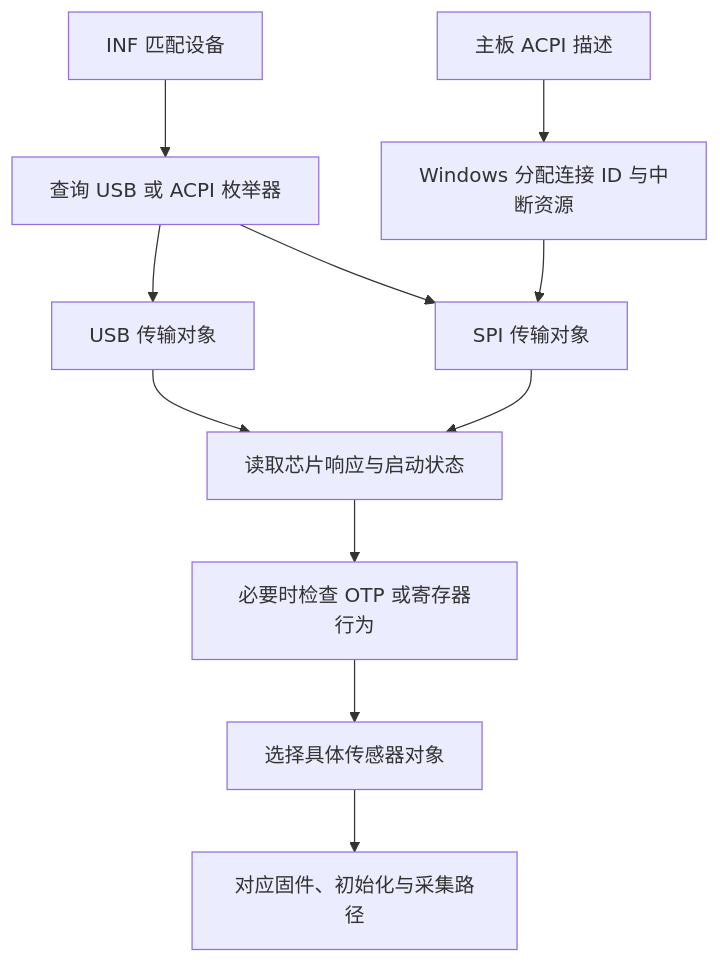
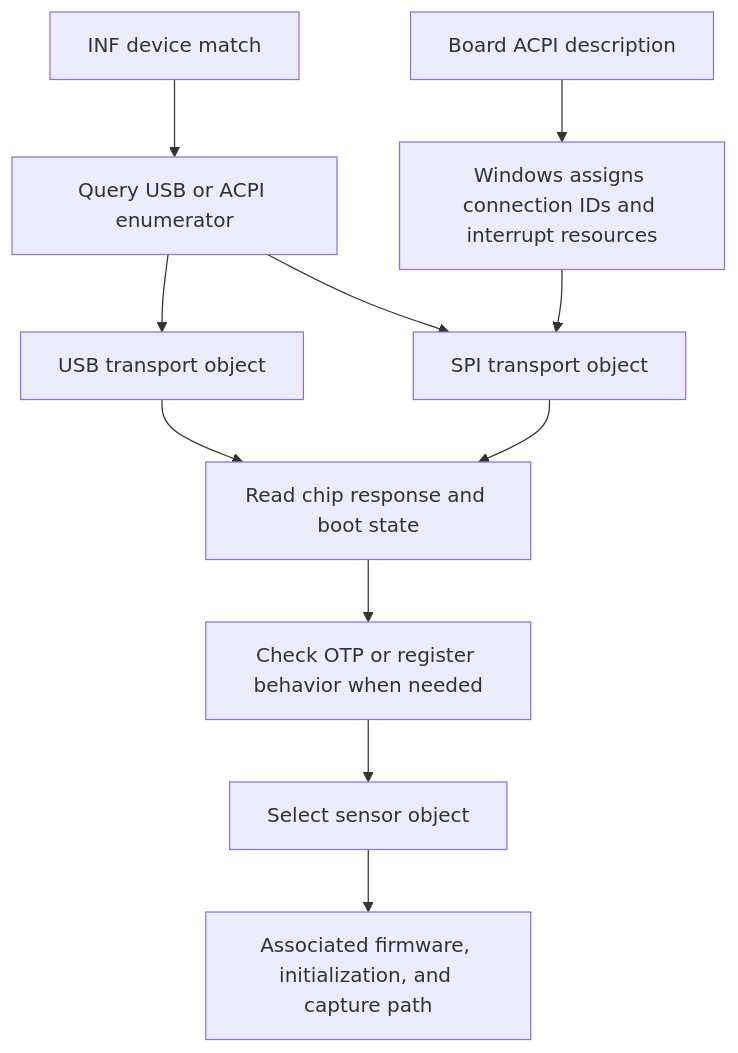
The diagram in docs/fte3600/windows-runtime-adaptation.md (SamSeven777/libfprint-fte3600), drawn with Mermaid before and after one commit. The commit also changed other lines of this file and 36 other files, not shown here.

````diff
--- a/docs/fte3600/windows-runtime-adaptation.md
+++ b/docs/fte3600/windows-runtime-adaptation.md
@@ -21,13 +38,13 @@
 ```mermaid
 flowchart TD
-  A[INF 匹配设备] --> B[查询 USB 或 ACPI 枚举器]
-  B --> C[USB 传输对象]
-  B --> D[SPI 传输对象]
-  E[主板 ACPI 描述] --> F[Windows 分配连接 ID 与中断资源]
+  A[INF device match] --> B[Query USB or ACPI enumerator]
+  B --> C[USB transport object]
+  B --> D[SPI transport object]
+  E[Board ACPI description] --> F[Windows assigns connection IDs and interrupt resources]
   F --> D
-  C --> G[读取芯片响应与启动状态]
+  C --> G[Read chip response and boot state]
   D --> G
-  G --> H[必要时检查 OTP 或寄存器行为]
-  H --> I[选择具体传感器对象]
-  I --> J[对应固件、初始化与采集路径]
+  G --> H[Check OTP or register behavior when needed]
+  H --> I[Select sensor object]
+  I --> J[Associated firmware, initialization, and capture path]
 ```
````
